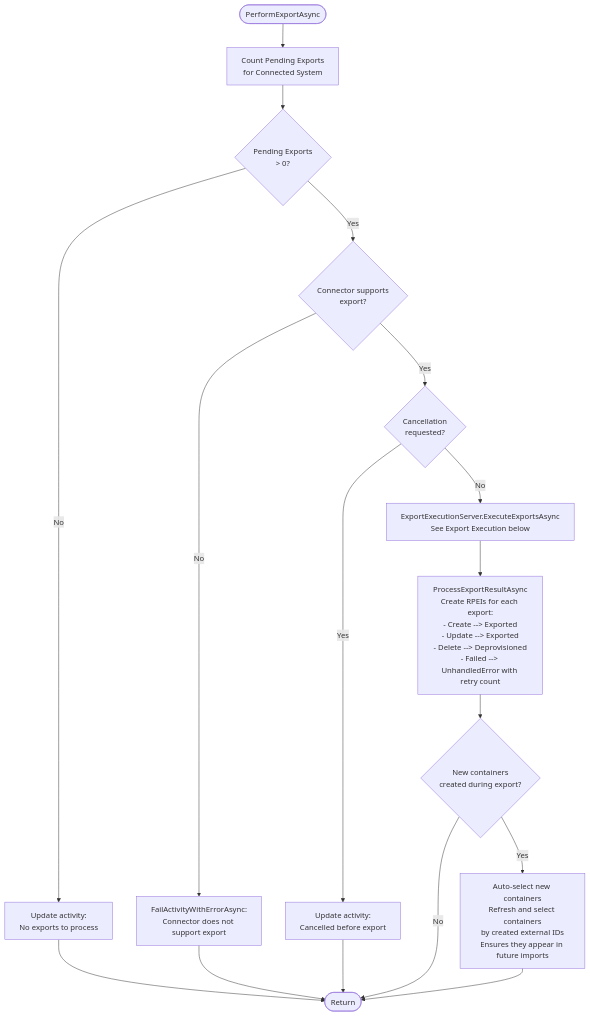
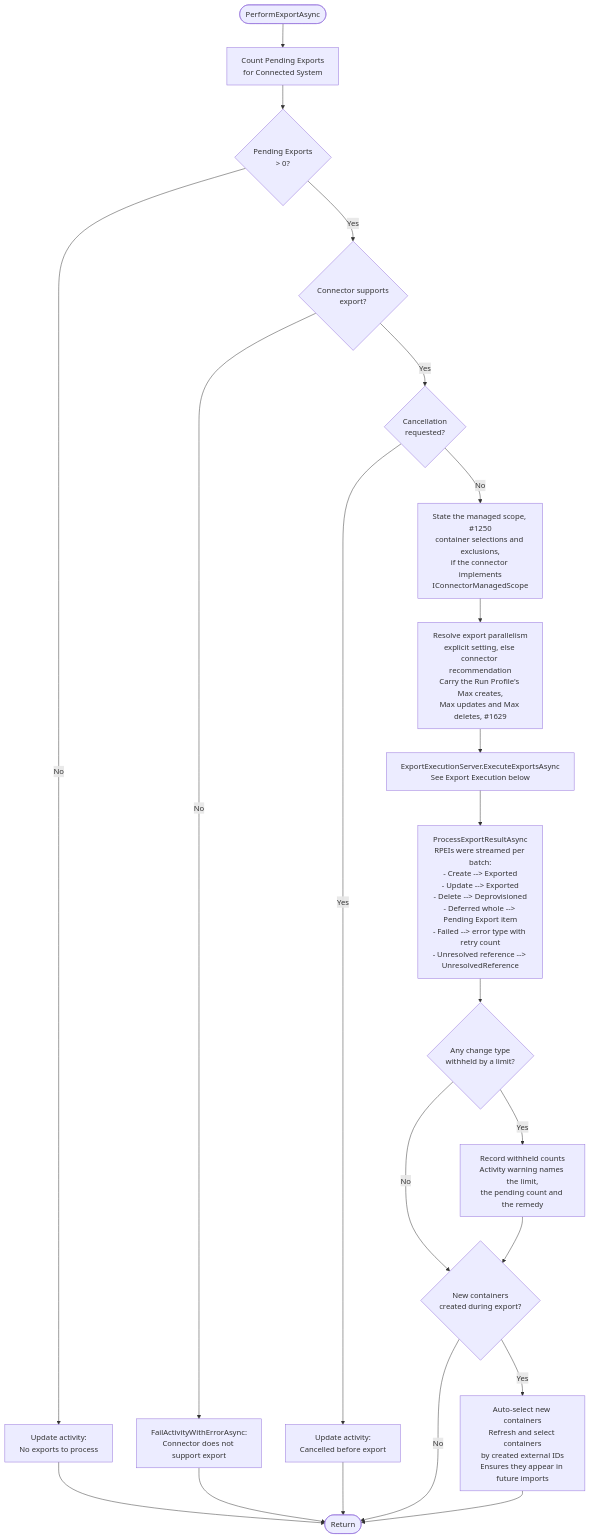
Before and after one commit to TetronIO/JIM: the first of 5 diagrams in docs/developer/diagrams/EXPORT_EXECUTION_FLOW.md, drawn with Mermaid. The commit also changed other lines of this file and 49 other files, not shown here.

Commit message:
docs: update documentation, diagrams and changelog for v0.15.0 release

````diff
--- a/docs/developer/diagrams/EXPORT_EXECUTION_FLOW.md
+++ b/docs/developer/diagrams/EXPORT_EXECUTION_FLOW.md
@@ -11,23 +11,28 @@
 ```mermaid
 flowchart TD
     Start([PerformExportAsync]) --> CountPE[Count Pending Exports<br/>for Connected System]
     CountPE --> HasExports{Pending Exports<br/>> 0?}
     HasExports -->|No| NoWork[Update activity:<br/>No exports to process]
     NoWork --> Done([Return])
 
     HasExports -->|Yes| CheckConnector{Connector supports<br/>export?}
     CheckConnector -->|No| FailActivity[FailActivityWithErrorAsync:<br/>Connector does not support export]
     FailActivity --> Done
 
     CheckConnector -->|Yes| CheckCancel{Cancellation<br/>requested?}
     CheckCancel -->|Yes| CancelMsg[Update activity:<br/>Cancelled before export]
     CancelMsg --> Done
 
-    CheckCancel -->|No| Execute[ExportExecutionServer.ExecuteExportsAsync<br/>See Export Execution below]
-    Execute --> ProcessResult[ProcessExportResultAsync<br/>Create RPEIs for each export:<br/>- Create --> Exported<br/>- Update --> Exported<br/>- Delete --> Deprovisioned<br/>- Failed --> UnhandledError with retry count]
+    CheckCancel -->|No| StateScope[State the managed scope, #1250<br/>container selections and exclusions,<br/>if the connector implements<br/>IConnectorManagedScope]
+    StateScope --> Options[Resolve export parallelism<br/>explicit setting, else connector recommendation<br/>Carry the Run Profile's Max creates,<br/>Max updates and Max deletes, #1629]
+    Options --> Execute[ExportExecutionServer.ExecuteExportsAsync<br/>See Export Execution below]
+    Execute --> ProcessResult[ProcessExportResultAsync<br/>RPEIs were streamed per batch:<br/>- Create --> Exported<br/>- Update --> Exported<br/>- Delete --> Deprovisioned<br/>- Deferred whole --> Pending Export item<br/>- Failed --> error type with retry count<br/>- Unresolved reference --> UnresolvedReference]
 
-    ProcessResult --> CheckContainers{New containers<br/>created during export?}
+    ProcessResult --> Withheld{Any change type<br/>withheld by a limit?}
+    Withheld -->|Yes| WarnWithheld[Record withheld counts<br/>Activity warning names the limit,<br/>the pending count and the remedy]
+    Withheld -->|No| CheckContainers
+    WarnWithheld --> CheckContainers{New containers<br/>created during export?}
     CheckContainers -->|Yes| AutoSelect[Auto-select new containers<br/>Refresh and select containers<br/>by created external IDs<br/>Ensures they appear in future imports]
     CheckContainers -->|No| Done
     AutoSelect --> Done
 ```
````
